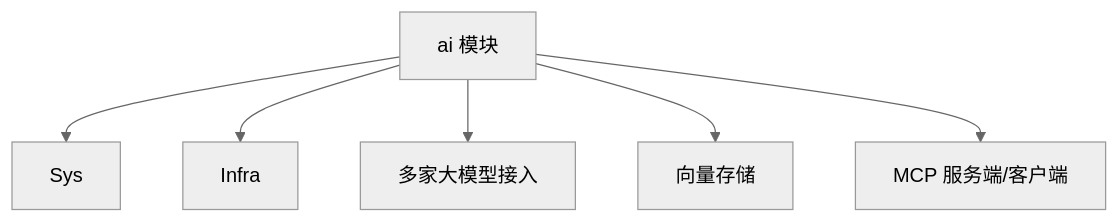
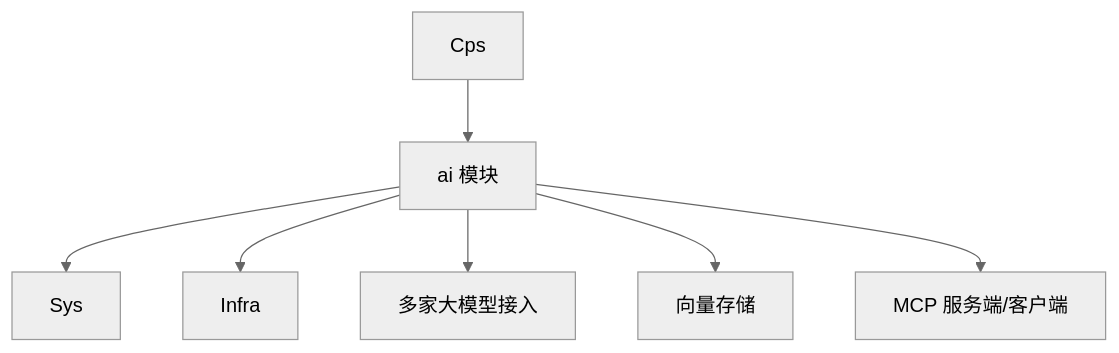
One commit to zhuangpengLI/AgenticCPS changed the fifth of 7 diagrams in .qoder/repowiki/zh/content/后端服务架构/业务模块概览/业务模块概览.md. Above: the diagram before and after it, drawn with Mermaid (neutral theme). The commit also changed other lines of this file and 42 other files, not shown here.

````diff
--- a/.qoder/repowiki/zh/content/后端服务架构/业务模块概览/业务模块概览.md
+++ b/.qoder/repowiki/zh/content/后端服务架构/业务模块概览/业务模块概览.md
@@ -175,8 +199,9 @@
 ```mermaid
 graph TB
 Ai["ai 模块"] --> Sys
 Ai --> Infra
 Ai --> Prov["多家大模型接入"]
 Ai --> Vec["向量存储"]
 Ai --> MCP["MCP 服务端/客户端"]
+Cps --> Ai
 ```
````
